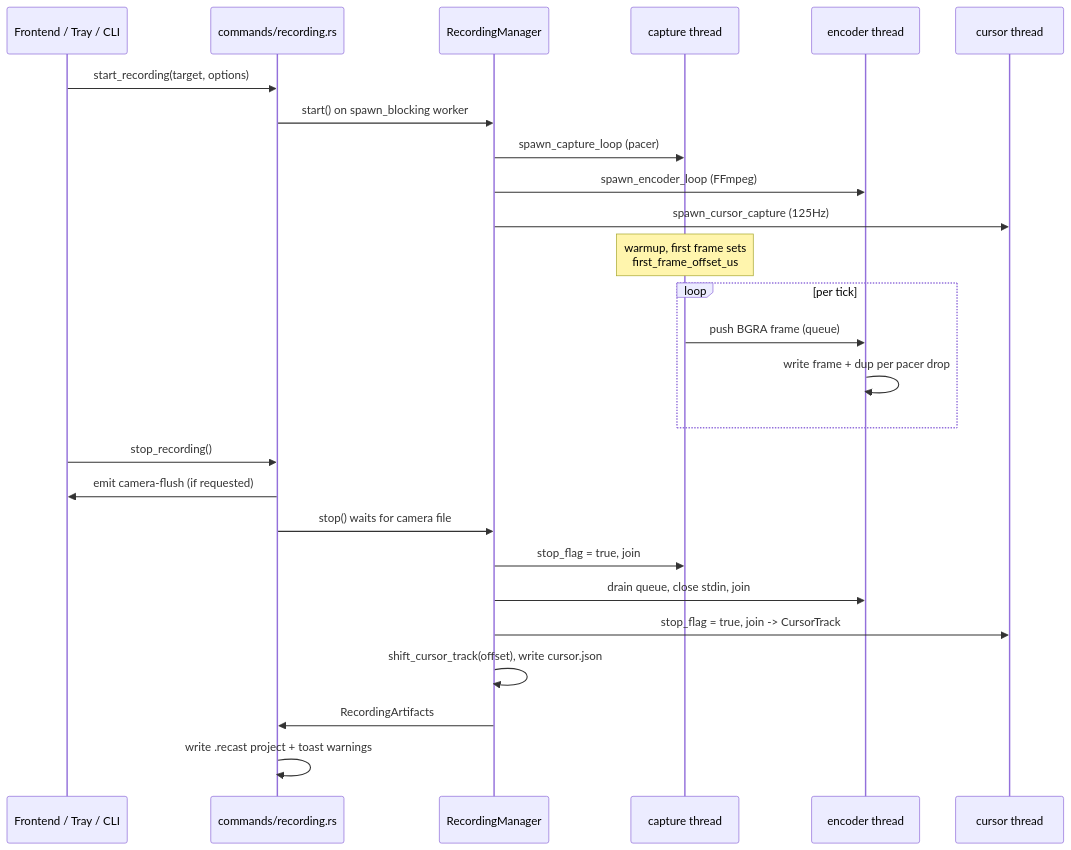
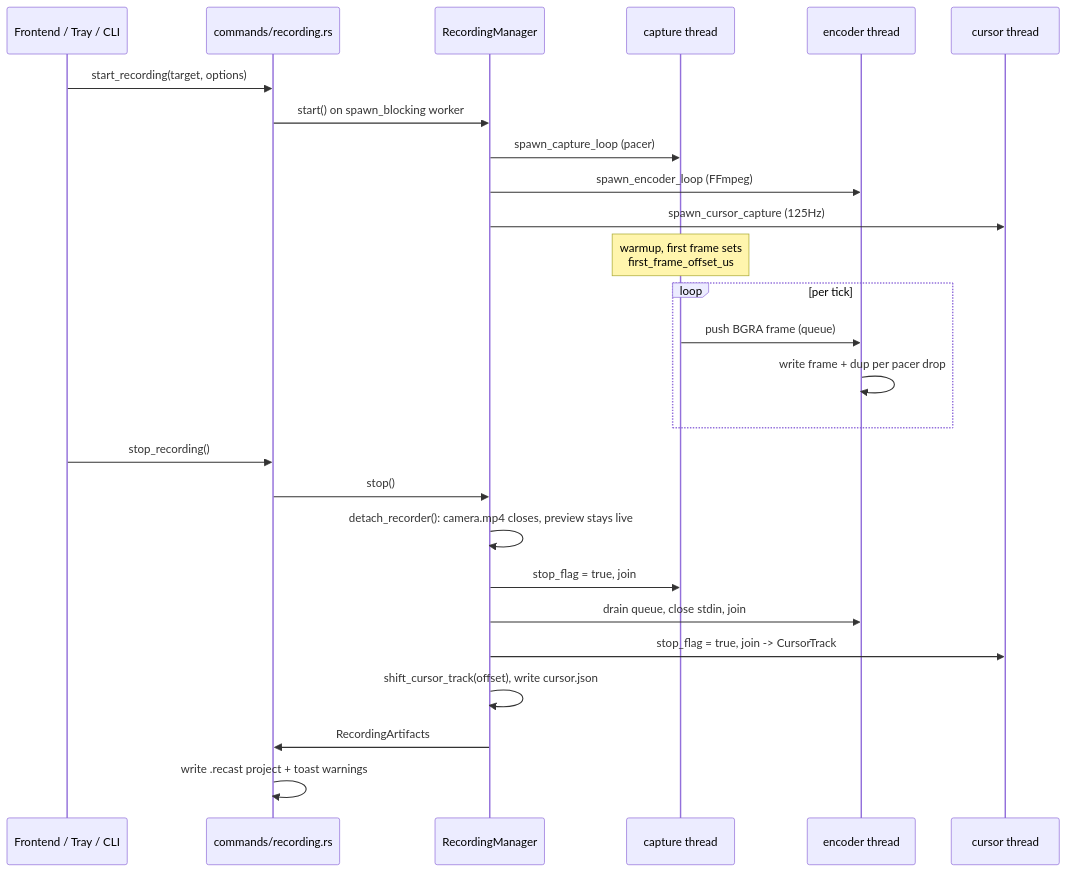
The second of 2 diagrams in apps/web/content/architecture/recording-pipeline.md (kanakkholwal/recast), drawn with Mermaid before and after one commit. The commit also changed other lines of this file and 34 other files, not shown here.

````diff
--- a/apps/web/content/architecture/recording-pipeline.md
+++ b/apps/web/content/architecture/recording-pipeline.md
@@ -93,29 +101,29 @@
 ```mermaid
 sequenceDiagram
     participant UI as Frontend / Tray / CLI
     participant Cmd as commands/recording.rs
     participant Mgr as RecordingManager
     participant Cap as capture thread
     participant Enc as encoder thread
     participant Cur as cursor thread
 
     UI->>Cmd: start_recording(target, options)
     Cmd->>Mgr: start() on spawn_blocking worker
     Mgr->>Cap: spawn_capture_loop (pacer)
     Mgr->>Enc: spawn_encoder_loop (FFmpeg)
     Mgr->>Cur: spawn_cursor_capture (125Hz)
     Note over Cap: warmup, first frame sets<br/>first_frame_offset_us
     loop per tick
         Cap->>Enc: push BGRA frame (queue)
         Enc->>Enc: write frame + dup per pacer drop
     end
     UI->>Cmd: stop_recording()
-    Cmd->>UI: emit camera-flush (if requested)
-    Cmd->>Mgr: stop() waits for camera file
+    Cmd->>Mgr: stop()
+    Mgr->>Mgr: detach_recorder(): camera.mp4 closes, preview stays live
     Mgr->>Cap: stop_flag = true, join
     Mgr->>Enc: drain queue, close stdin, join
     Mgr->>Cur: stop_flag = true, join -> CursorTrack
     Mgr->>Mgr: shift_cursor_track(offset), write cursor.json
     Mgr->>Cmd: RecordingArtifacts
     Cmd->>Cmd: write .recast project + toast warnings
 ```
````
